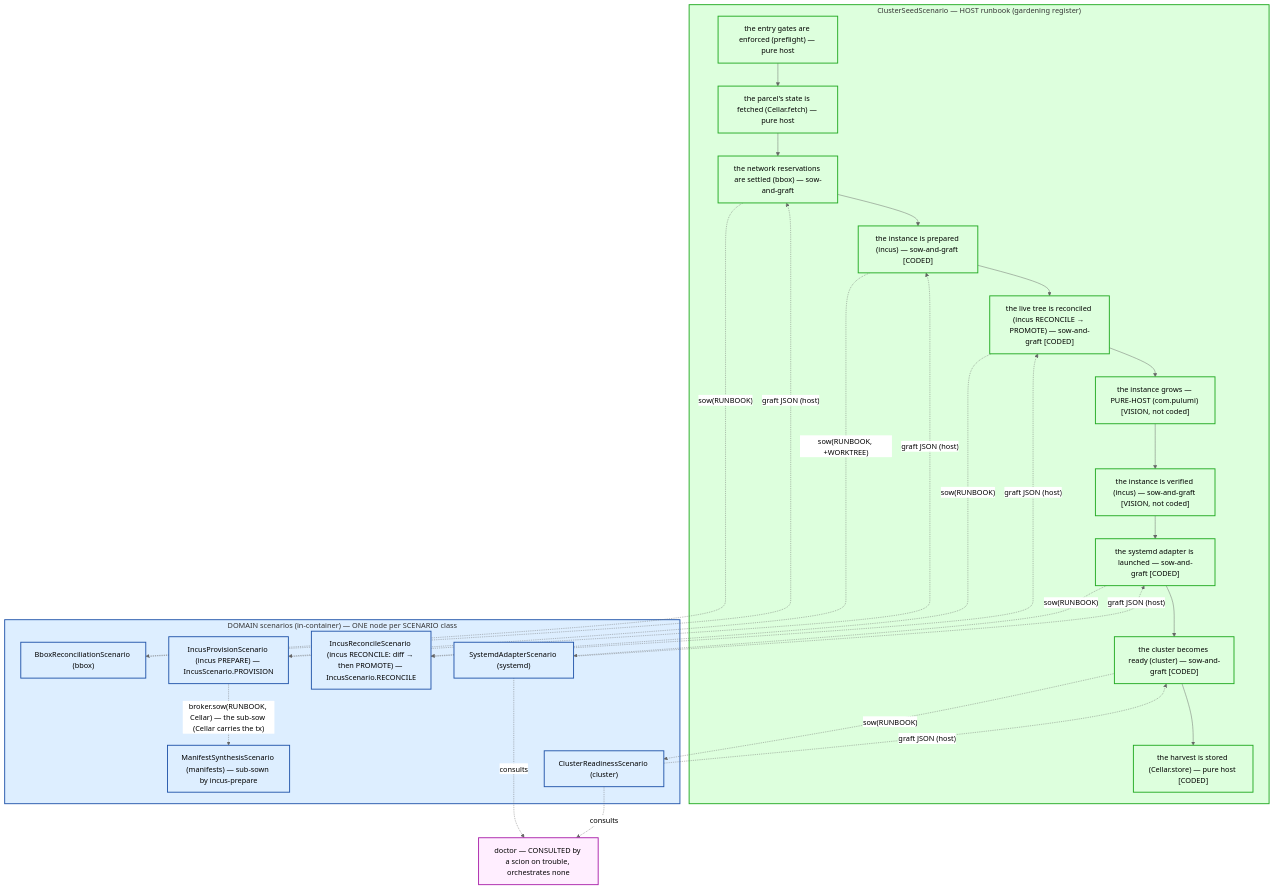
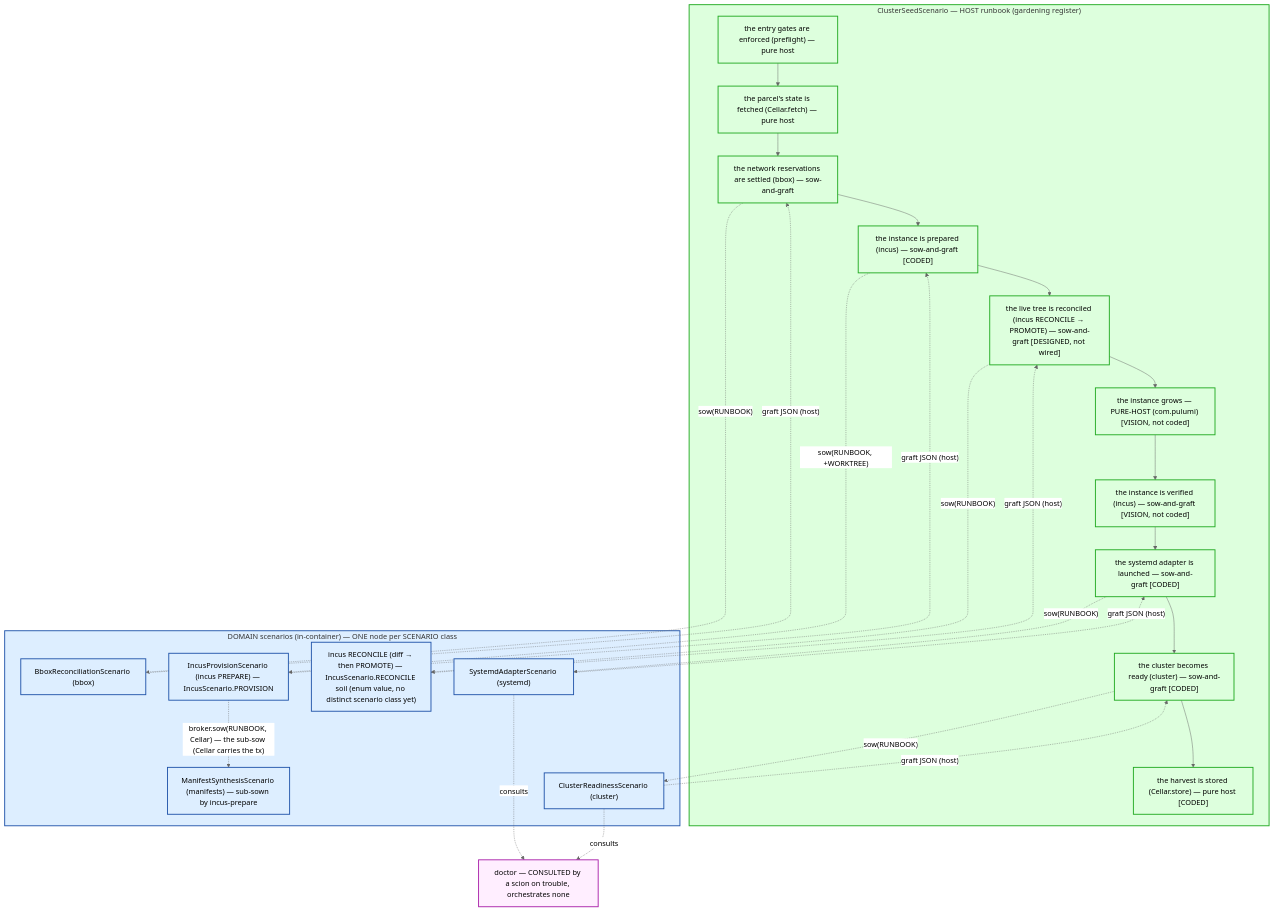
The fourth of 4 diagrams in docs/architecture/bdd/bdd.adoc (nxmatic/rke2lab), drawn with Mermaid (neutral theme) before and after one commit. The commit also changed other lines of this file and 35 other files, not shown here.

```diff
--- a/docs/architecture/bdd/bdd.adoc
+++ b/docs/architecture/bdd/bdd.adoc
@@ -434,47 +434,47 @@
 [mermaid]
 ....
 flowchart TB
   subgraph root["ClusterSeedScenario — HOST runbook (gardening register)"]
     r0["the entry gates are enforced (preflight) — pure host"]
     rc["the parcel's state is fetched (Cellar.fetch) — pure host"]
     r1["the network reservations are settled (bbox) — sow-and-graft"]
     r2a["the instance is prepared (incus) — sow-and-graft [CODED]"]
-    r2r["the live tree is reconciled (incus RECONCILE → PROMOTE) — sow-and-graft [CODED]"]
+    r2r["the live tree is reconciled (incus RECONCILE → PROMOTE) — sow-and-graft [DESIGNED, not wired]"]
     r2b["the instance grows — PURE-HOST (com.pulumi) [VISION, not coded]"]
     r2c["the instance is verified (incus) — sow-and-graft [VISION, not coded]"]
     r3["the systemd adapter is launched — sow-and-graft [CODED]"]
     r4["the cluster becomes ready (cluster) — sow-and-graft [CODED]"]
     r5["the harvest is stored (Cellar.store) — pure host [CODED]"]
     r0 --> rc --> r1 --> r2a --> r2r --> r2b --> r2c --> r3 --> r4 --> r5
   end
   subgraph scions["DOMAIN scenarios (in-container) — ONE node per SCENARIO class"]
     s1["BboxReconciliationScenario (bbox)"]
     s2p["IncusProvisionScenario (incus PREPARE) — IncusScenario.PROVISION"]
-    s2r["IncusReconcileScenario (incus RECONCILE: diff → then PROMOTE) — IncusScenario.RECONCILE"]
+    s2r["incus RECONCILE (diff → then PROMOTE) — IncusScenario.RECONCILE soil (enum value, no distinct scenario class yet)"]
     sman["ManifestSynthesisScenario (manifests) — sub-sown by incus-prepare"]
     s3["SystemdAdapterScenario (systemd)"]
     s4["ClusterReadinessScenario (cluster)"]
   end
   doctor["doctor — CONSULTED by a scion on trouble, orchestrates none"]
   r1 -."sow(RUNBOOK)".-> s1
   r2a -."sow(RUNBOOK, +WORKTREE)".-> s2p
   r2r -."sow(RUNBOOK)".-> s2r
   r3 -."sow(RUNBOOK)".-> s3
   r4 -."sow(RUNBOOK)".-> s4
   s2p -."broker.sow(RUNBOOK, Cellar) — the sub-sow (Cellar carries the tx)".-> sman
   s1 -.graft JSON (host).-> r1
   s2p -.graft JSON (host).-> r2a
   s2r -.graft JSON (host).-> r2r
   s3 -.graft JSON (host).-> r3
   s4 -.graft JSON (host).-> r4
   s3 -.consults.-> doctor
   s4 -.consults.-> doctor
 
   classDef host fill:#dfd,stroke:#2a2,stroke-width:2px;
   classDef dom fill:#def,stroke:#25a,stroke-width:2px;
   classDef doc fill:#fef,stroke:#a2a,stroke-width:2px;
   class root,r0,rc,r1,r2a,r2r,r2c,r3,r4,r5 host;
   class r2b host;
   class scions,s1,s2p,s2r,sman,s3,s4 dom;
   class doctor doc;
 ....
```
